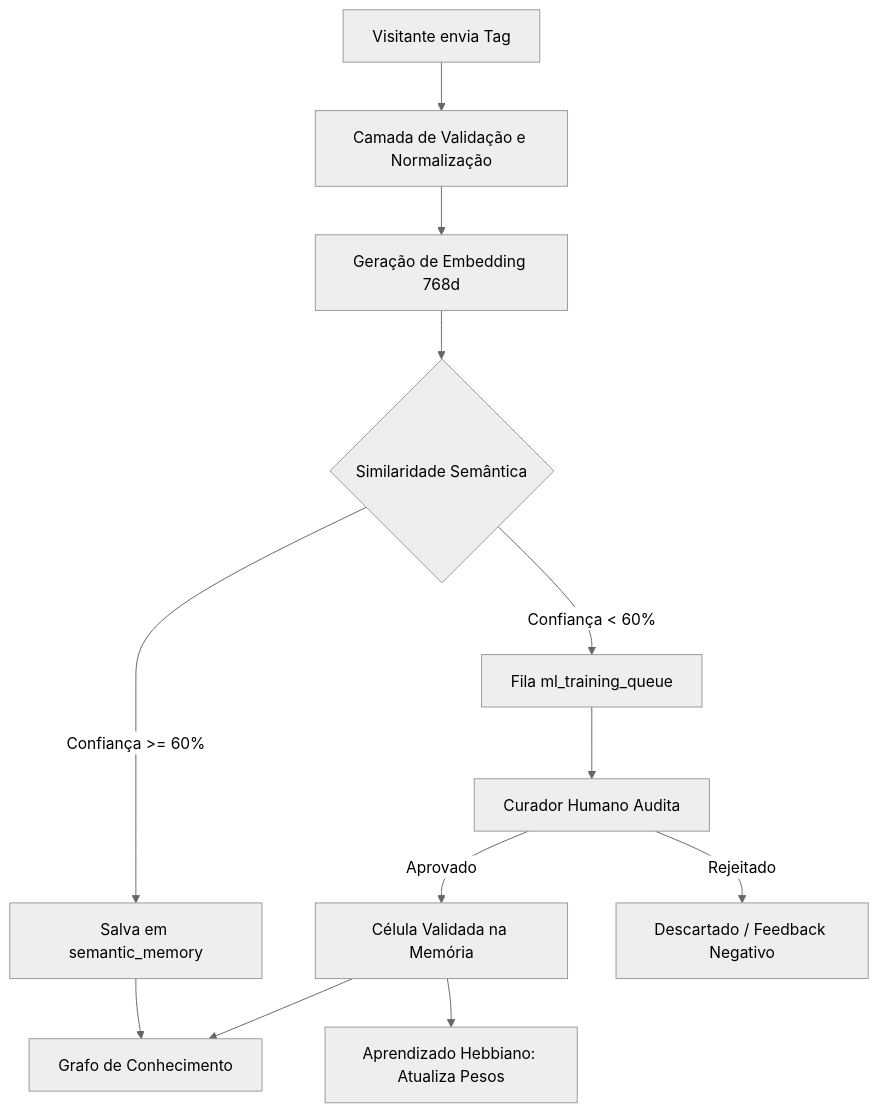
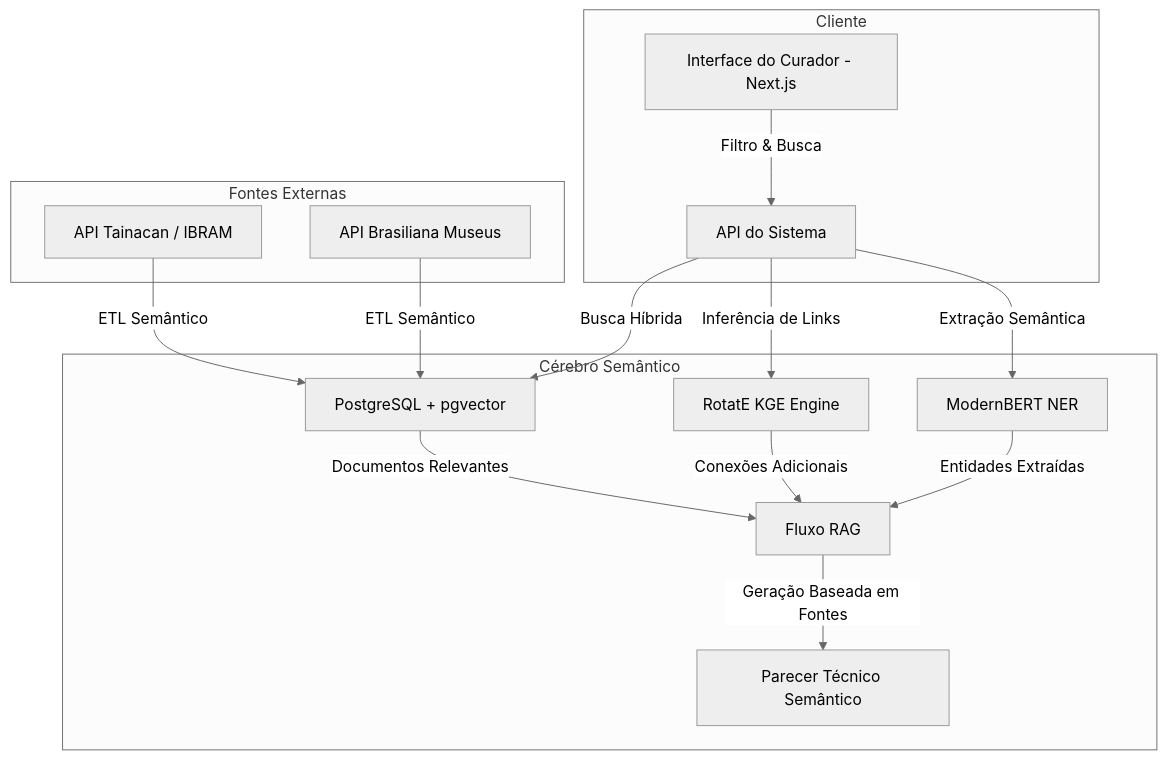
The diagram in TECHNICAL_FOUNDATION.md (barrettoana60-dot/folksonomia-digital), drawn with Mermaid (neutral theme) before and after one commit. The commit also changed other lines of this file, not shown here.

````diff
--- a/TECHNICAL_FOUNDATION.md
+++ b/TECHNICAL_FOUNDATION.md
@@ -69,14 +158,19 @@
 ```mermaid
 graph TD
-    A[Visitante envia Tag] --> B[Camada de Validação e Normalização]
-    B --> C[Geração de Embedding 768d]
-    C --> D{Similaridade Semântica}
-    D -- Confiança >= 60% --> E[Salva em semantic_memory]
-    D -- Confiança < 60% --> F[Fila ml_training_queue]
-    F --> G[Curador Humano Audita]
-    G -- Aprovado --> H[Célula Validada na Memória]
-    G -- Rejeitado --> I[Descartado / Feedback Negativo]
-    H --> J[Aprendizado Hebbiano: Atualiza Pesos]
-    E --> K[Grafo de Conhecimento]
-    H --> K
+    subgraph Cliente
+        A[Interface do Curador - Next.js] -->|Filtro & Busca| B[API do Sistema]
+    end
+    subgraph Cérebro Semântico
+        B -->|Busca Híbrida| C[PostgreSQL + pgvector]
+        B -->|Inferência de Links| D[RotatE KGE Engine]
+        B -->|Extração Semântica| E[ModernBERT NER]
+        C -->|Documentos Relevantes| F[Fluxo RAG]
+        D -->|Conexões Adicionais| F
+        E -->|Entidades Extraídas| F
+        F -->|Geração Baseada em Fontes| G[Parecer Técnico Semântico]
+    end
+    subgraph Fontes Externas
+        H[API Tainacan / IBRAM] -->|ETL Semântico| C
+        I[API Brasiliana Museus] -->|ETL Semântico| C
+    end
 ```
````
